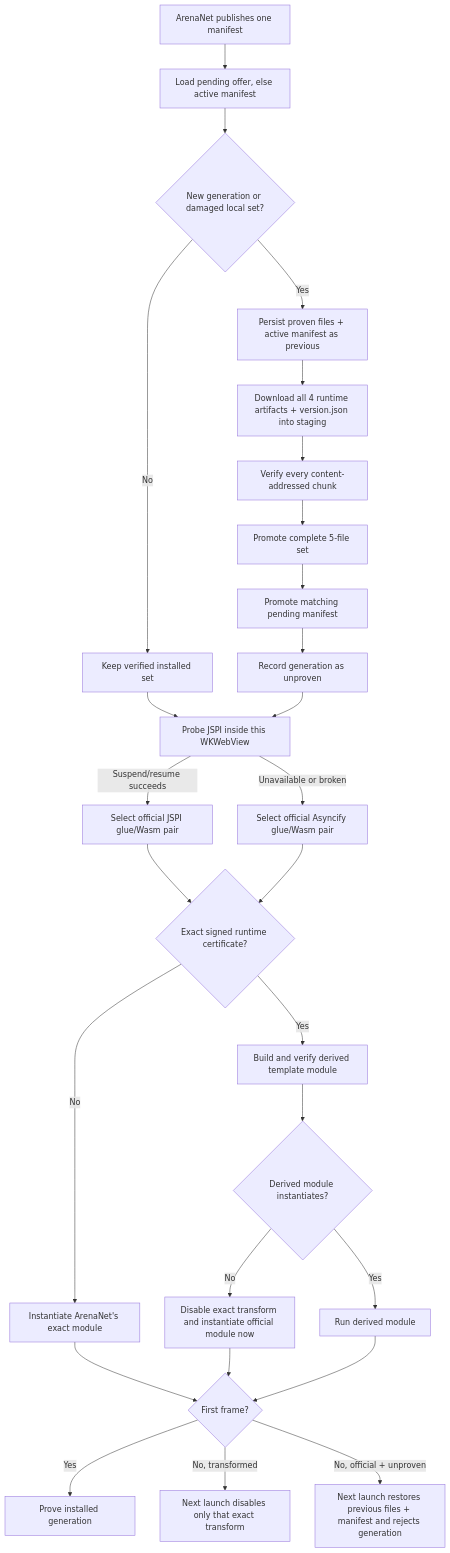
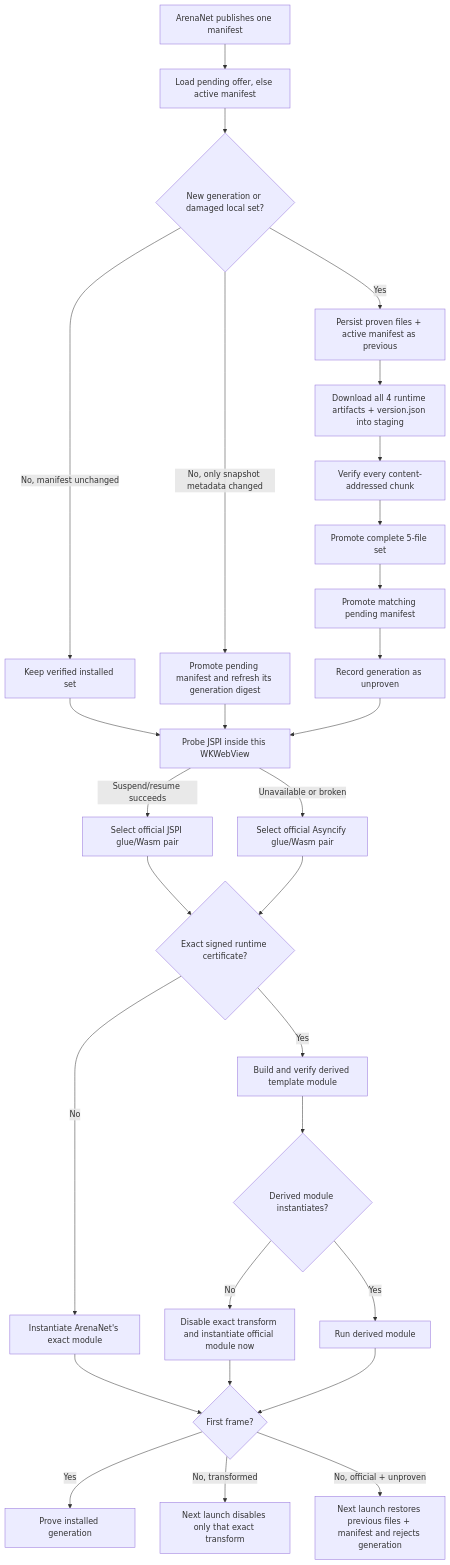
Before and after one commit to jean-humann/gwnative: the first of 3 diagrams in docs/client-compatibility.md, drawn with Mermaid. The commit also changed other lines of this file and 6 other files, not shown here.

````diff
--- a/docs/client-compatibility.md
+++ b/docs/client-compatibility.md
@@ -19,29 +19,31 @@
 ```mermaid
 flowchart TD
     A["ArenaNet publishes one manifest"] --> B["Load pending offer, else active manifest"]
     B --> C{"New generation or damaged local set?"}
-    C -- "No" --> H["Keep verified installed set"]
+    C -- "No, manifest unchanged" --> H["Keep verified installed set"]
+    C -- "No, only snapshot metadata changed" --> X["Promote pending manifest and refresh its generation digest"]
     C -- "Yes" --> D["Persist proven files + active manifest as previous"]
     D --> E["Download all 4 runtime artifacts + version.json into staging"]
     E --> F["Verify every content-addressed chunk"]
     F --> G["Promote complete 5-file set"]
     G --> I["Promote matching pending manifest"]
     I --> J["Record generation as unproven"]
     H --> K["Probe JSPI inside this WKWebView"]
+    X --> K
     J --> K
     K -- "Suspend/resume succeeds" --> L["Select official JSPI glue/Wasm pair"]
     K -- "Unavailable or broken" --> M["Select official Asyncify glue/Wasm pair"]
     L --> N{"Exact signed runtime certificate?"}
     M --> N
     N -- "No" --> O["Instantiate ArenaNet's exact module"]
     N -- "Yes" --> P["Build and verify derived template module"]
     P --> Q{"Derived module instantiates?"}
     Q -- "No" --> R["Disable exact transform and instantiate official module now"]
     Q -- "Yes" --> S["Run derived module"]
     O --> T{"First frame?"}
     R --> T
     S --> T
     T -- "Yes" --> U["Prove installed generation"]
     T -- "No, transformed" --> V["Next launch disables only that exact transform"]
     T -- "No, official + unproven" --> W["Next launch restores previous files + manifest and rejects generation"]
 ```
````
